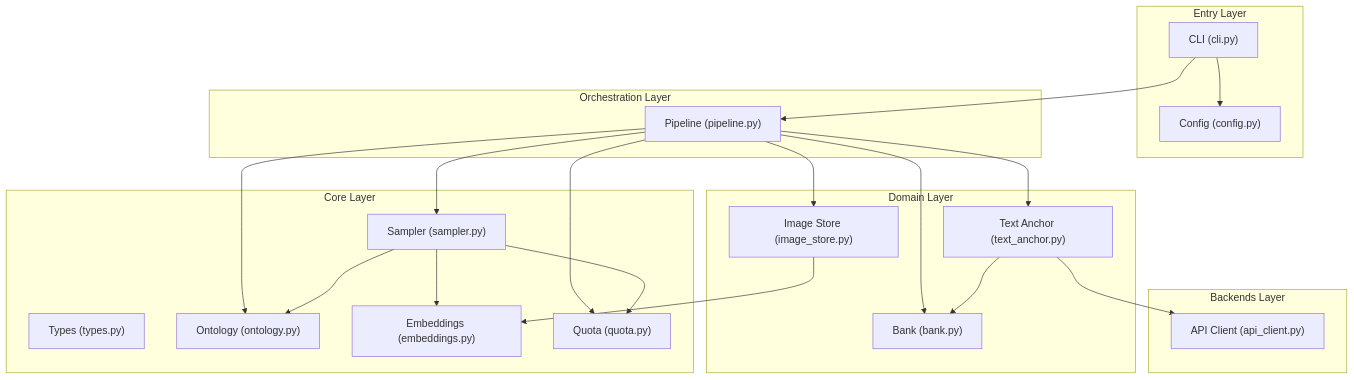
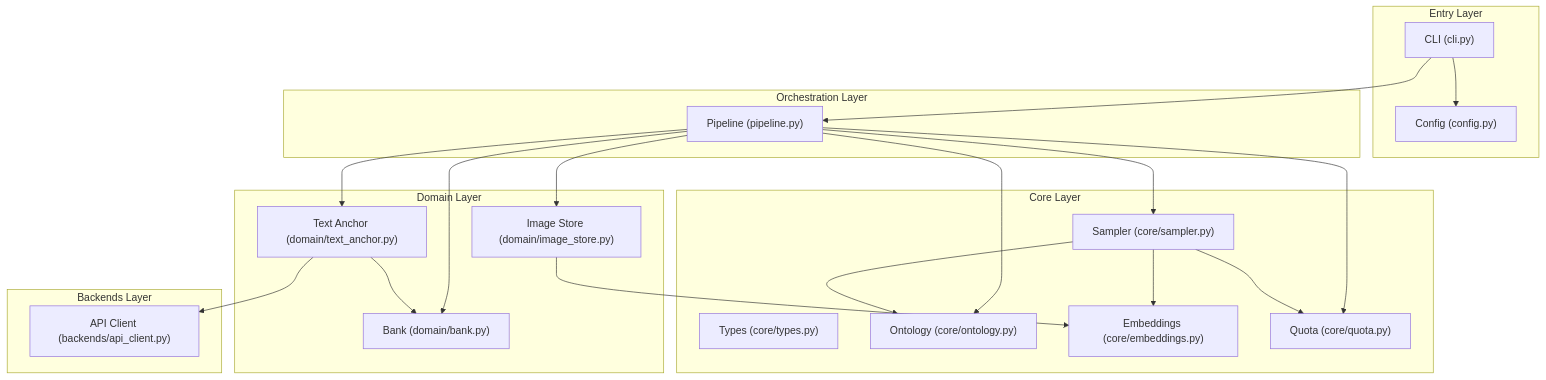
The first of 5 diagrams in docs/architecture.md (godthrone/anchor-replay-distillation), drawn with Mermaid before and after one commit. The commit also changed other lines of this file and 28 other files, not shown here.

First line of the commit message:
feat: multimodal anchor generation, FPS sampler, and logging

````diff
--- a/docs/architecture.md
+++ b/docs/architecture.md
@@ -5,44 +48,44 @@
 ```mermaid
 graph TD
     subgraph "Entry Layer"
         CLI["CLI (cli.py)"]
         CFG["Config (config.py)"]
     end
 
     subgraph "Orchestration Layer"
         PL["Pipeline (pipeline.py)"]
     end
 
+    subgraph "Core Layer"
+        TY["Types (core/types.py)"]
+        ON["Ontology (core/ontology.py)"]
+        EM["Embeddings (core/embeddings.py)"]
+        SM["Sampler (core/sampler.py)"]
+        QT["Quota (core/quota.py)"]
+    end
+
     subgraph "Domain Layer"
-        TA["Text Anchor (text_anchor.py)"]
-        IS["Image Store (image_store.py)"]
-        BK["Bank (bank.py)"]
+        TA["Text Anchor (domain/text_anchor.py)"]
+        BK["Bank (domain/bank.py)"]
+        IS["Image Store (domain/image_store.py)"]
     end
 
     subgraph "Backends Layer"
-        API["API Client (api_client.py)"]
-    end
-
-    subgraph "Core Layer"
-        TY["Types (types.py)"]
-        ON["Ontology (ontology.py)"]
-        SM["Sampler (sampler.py)"]
-        EM["Embeddings (embeddings.py)"]
-        QT["Quota (quota.py)"]
+        API["API Client (backends/api_client.py)"]
     end
 
     CLI --> CFG
     CLI --> PL
     PL --> TA
     PL --> IS
     PL --> SM
     PL --> ON
     PL --> BK
     PL --> QT
     TA --> API
     TA --> BK
     SM --> ON
     SM --> QT
     SM --> EM
     IS --> EM
 ```
````
